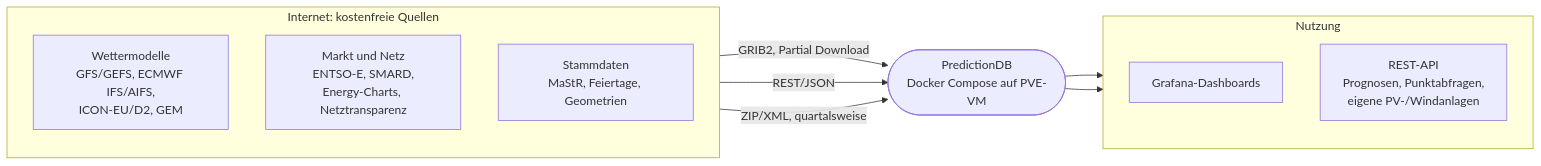
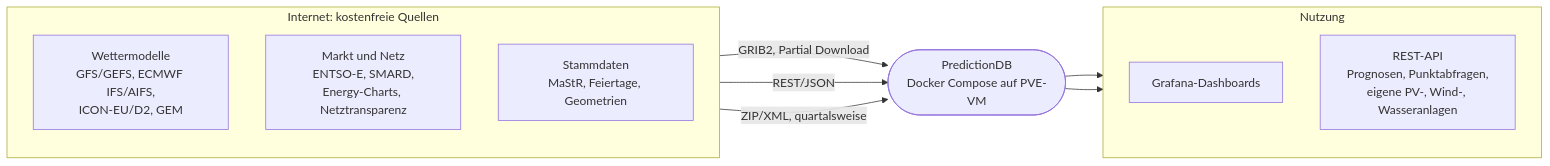
One commit to the78mole/PredictionDB changed the first of 15 diagrams in docs/ARCHITEKTUR.md. Above: the diagram before and after it, drawn with Mermaid. The commit also changed other lines of this file, not shown here.

First line of the commit message:
docs: add hydropower to plant forecast API and system model

````diff
--- a/docs/ARCHITEKTUR.md
+++ b/docs/ARCHITEKTUR.md
@@ -74,23 +74,23 @@
 ```mermaid
 flowchart LR
     subgraph EXT["Internet: kostenfreie Quellen"]
         direction TB
         NWP["Wettermodelle<br/>GFS/GEFS, ECMWF IFS/AIFS,<br/>ICON-EU/D2, GEM"]
         MKT["Markt und Netz<br/>ENTSO-E, SMARD,<br/>Energy-Charts, Netztransparenz"]
         STAT["Stammdaten<br/>MaStR, Feiertage, Geometrien"]
     end
 
     SYS(["PredictionDB<br/>Docker Compose auf PVE-VM"])
 
     subgraph USE["Nutzung"]
         direction TB
         DASH["Grafana-Dashboards"]
-        API["REST-API<br/>Prognosen, Punktabfragen,<br/>eigene PV-/Windanlagen"]
+        API["REST-API<br/>Prognosen, Punktabfragen,<br/>eigene PV-, Wind-, Wasseranlagen"]
     end
 
     NWP -- "GRIB2, Partial Download" --> SYS
     MKT -- "REST/JSON" --> SYS
     STAT -- "ZIP/XML, quartalsweise" --> SYS
     SYS --> DASH
     SYS --> API
 ```
````
